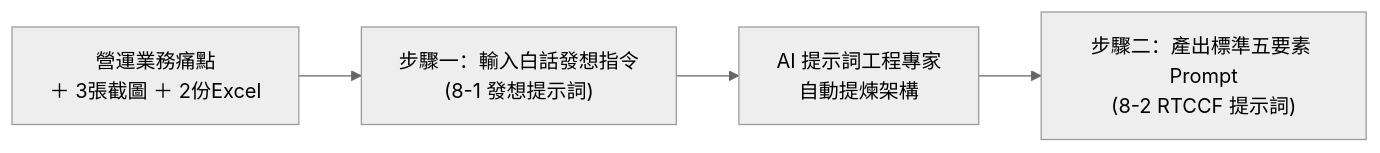
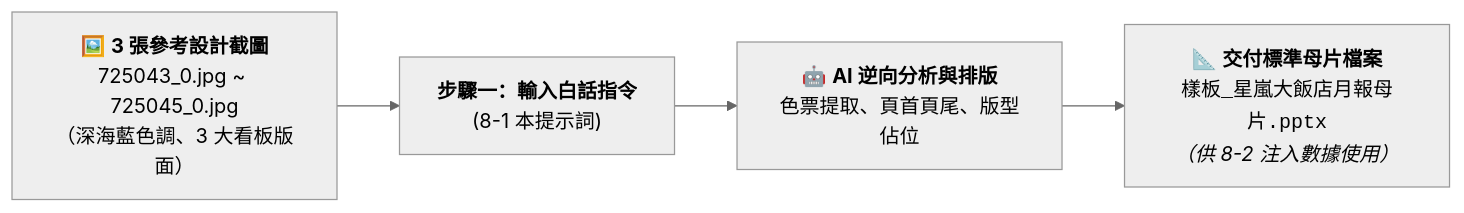
Before and after one commit to roberthsu2003/workflow-productivity: the diagram in 常見的AI應用/實戰範例/訂房月報統計與 PPT 自動化/8-1_白話自然語言發想提示詞.md, drawn with Mermaid (neutral theme). The commit also changed other lines of this file and 2 other files, not shown here.

````diff
--- a/常見的AI應用/實戰範例/訂房月報統計與 PPT 自動化/8-1_白話自然語言發想提示詞.md
+++ b/常見的AI應用/實戰範例/訂房月報統計與 PPT 自動化/8-1_白話自然語言發想提示詞.md
@@ -11,6 +12,6 @@
 ```mermaid
 flowchart LR
-    A["營運業務痛點<br/>＋ 3張截圖 ＋ 2份Excel"] --> B["步驟一：輸入白話發想指令<br/>(8-1 發想提示詞)"]
-    B --> C["AI 提示詞工程專家<br/>自動提煉架構"]
-    C --> D["步驟二：產出標準五要素 Prompt<br/>(8-2 RTCCF 提示詞)"]
+    A["🖼️ <b>3 張參考設計截圖</b><br/>725043_0.jpg ~ 725045_0.jpg<br/>（深海藍色調、3 大看板版面）"] --> B["<b>步驟一：輸入白話指令</b><br/>(8-1 本提示詞)"]
+    B --> C["🤖 <b>AI 逆向分析與排版</b><br/>色票提取、頁首頁尾、版型佔位"]
+    C --> D["📐 <b>交付標準母片檔案</b><br/><code>樣板_星嵐大飯店月報母片.pptx</code><br/><i>（供 8-2 注入數據使用）</i>"]
 ```
````
